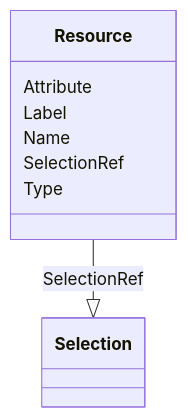
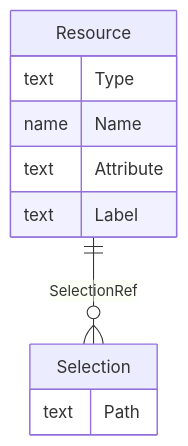
The diagram in docs/Resource.md (cdisc-org/DataExchange-ODM-LinkML), drawn with Mermaid before and after one commit. The commit also changed other lines of this file and 181 other files, not shown here.

Commit message:
ER diagrams working via templates and removing names with underscores

````diff
--- a/docs/Resource.md
+++ b/docs/Resource.md
@@ -14,17 +11,15 @@
 ```mermaid
- classDiagram
-    class Resource
-      Resource : Attribute
-        
-      Resource : Label
-        
-      Resource : Name
-        
-      Resource : SelectionRef
-        
-          Resource --|> Selection : SelectionRef
-        
-      Resource : Type
-        
-      
+erDiagram
+Resource {
+    text Type  
+    name Name  
+    text Attribute  
+    text Label  
+}
+Selection {
+    text Path  
+}
+
+Resource ||--}o Selection : "SelectionRef"
+
 ```
````
